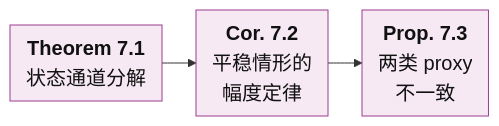
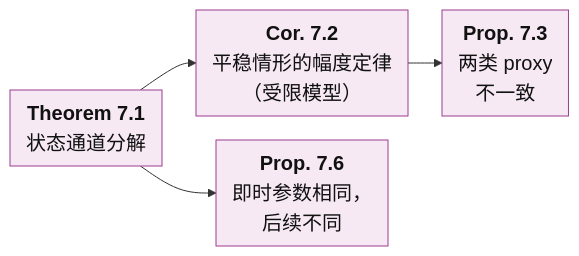
One commit to XueqiC/ICML27_agent_distillation changed the seventh of 9 diagrams in theoretical_framework/README_ZH.md. Above: the diagram before and after it, drawn with Mermaid. The commit also changed other lines of this file and 222 other files, not shown here.

````diff
--- a/theoretical_framework/README_ZH.md
+++ b/theoretical_framework/README_ZH.md
@@ -553,10 +642,12 @@
 ```mermaid
 %%{init: {"themeVariables": {"fontSize": "20px"}, "flowchart": {"nodeSpacing": 24, "rankSpacing": 34, "padding": 8, "wrappingWidth": 260}}}%%
 flowchart LR
   T1["<b>Theorem 7.1</b><br/>状态通道分解"]:::b4
-  C2["<b>Cor. 7.2</b><br/>平稳情形的<br/>幅度定律"]:::b4
+  C2["<b>Cor. 7.2</b><br/>平稳情形的幅度定律<br/>（受限模型）"]:::b4
   P3["<b>Prop. 7.3</b><br/>两类 proxy<br/>不一致"]:::b4
+  P6["<b>Prop. 7.6</b><br/>即时参数相同，<br/>后续不同"]:::b4
   T1 --> C2
   C2 --> P3
+  T1 --> P6
   classDef b4 fill:#f6e9f4,stroke:#9c3d8f,color:#111
 ```
````
